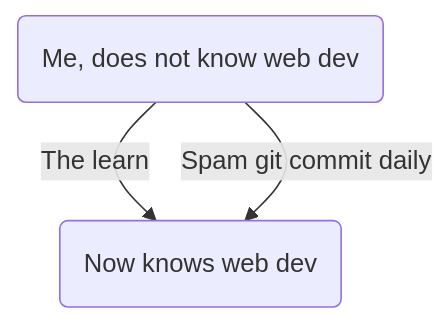
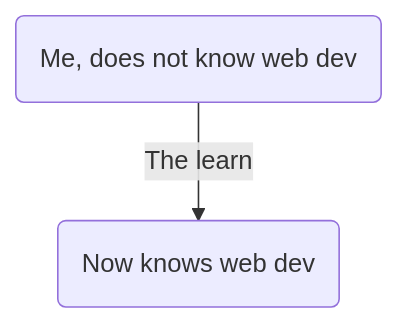
Before and after one commit to saajpatel/fullstack-open: the diagram in README.md, drawn with Mermaid.

````diff
--- a/README.md
+++ b/README.md
@@ -4,8 +4,7 @@
 ```mermaid
     flowchart TB
         id1(Me, does not know web dev)
         id1-->|The learn|id2
-        id1-->|Spam git commit daily|id2
         id2(Now knows web dev)
 
 ```
````
